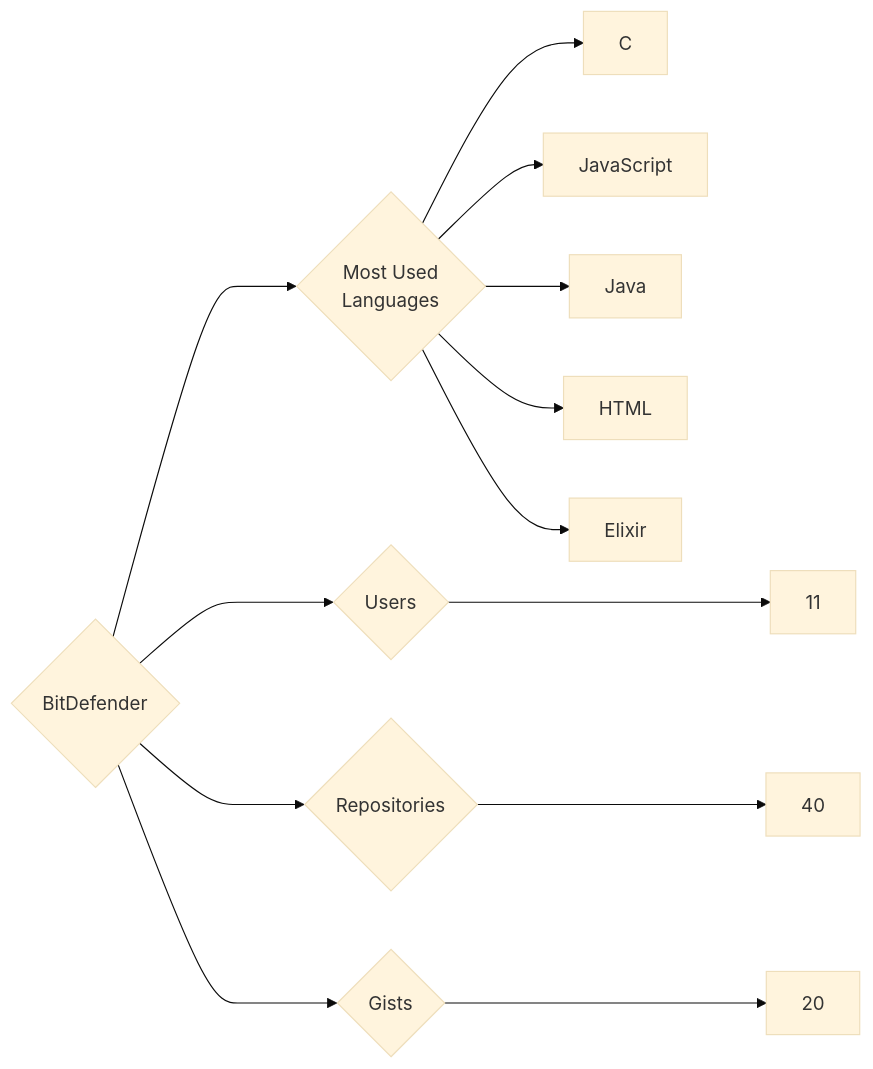
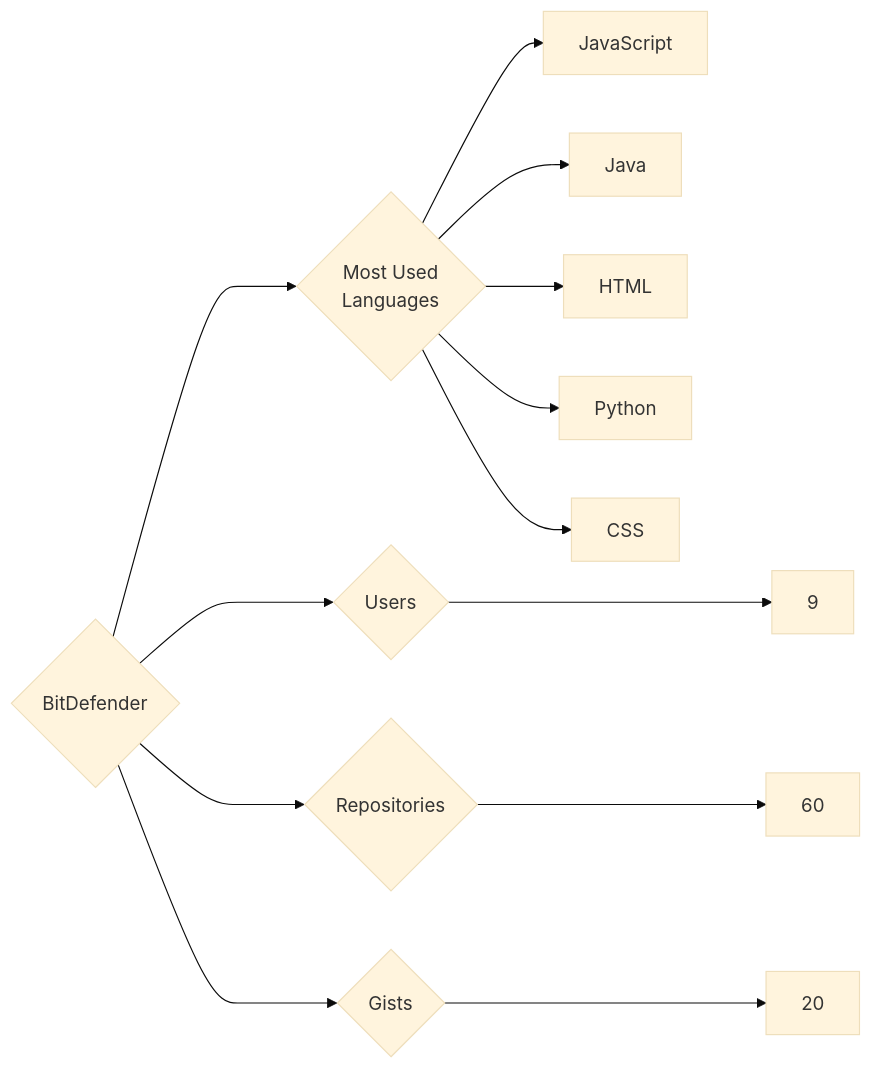
The diagram in targets/BitDefender/README.md (trickest/insiders), drawn with Mermaid (base theme) before and after one commit. The commit also changed 782 other files, not shown here.

````diff
--- a/targets/BitDefender/README.md
+++ b/targets/BitDefender/README.md
@@ -3,13 +3,13 @@
 ```mermaid
 graph LR
 COMPANY_NAME{BitDefender}
-COMPANY_NAME ---> U{Users} ---> UN[11]
-COMPANY_NAME ---> R{Repositories} ---> RN[40]
+COMPANY_NAME ---> U{Users} ---> UN[9]
+COMPANY_NAME ---> R{Repositories} ---> RN[60]
 COMPANY_NAME ---> G{Gists} ---> GN[20]
 COMPANY_NAME ---> ML{Most Used<br>Languages}
-ML --> C[C]
 ML --> JavaScript[JavaScript]
 ML --> Java[Java]
 ML --> HTML[HTML]
-ML --> Elixir[Elixir]
+ML --> Python[Python]
+ML --> CSS[CSS]
 ```
````
